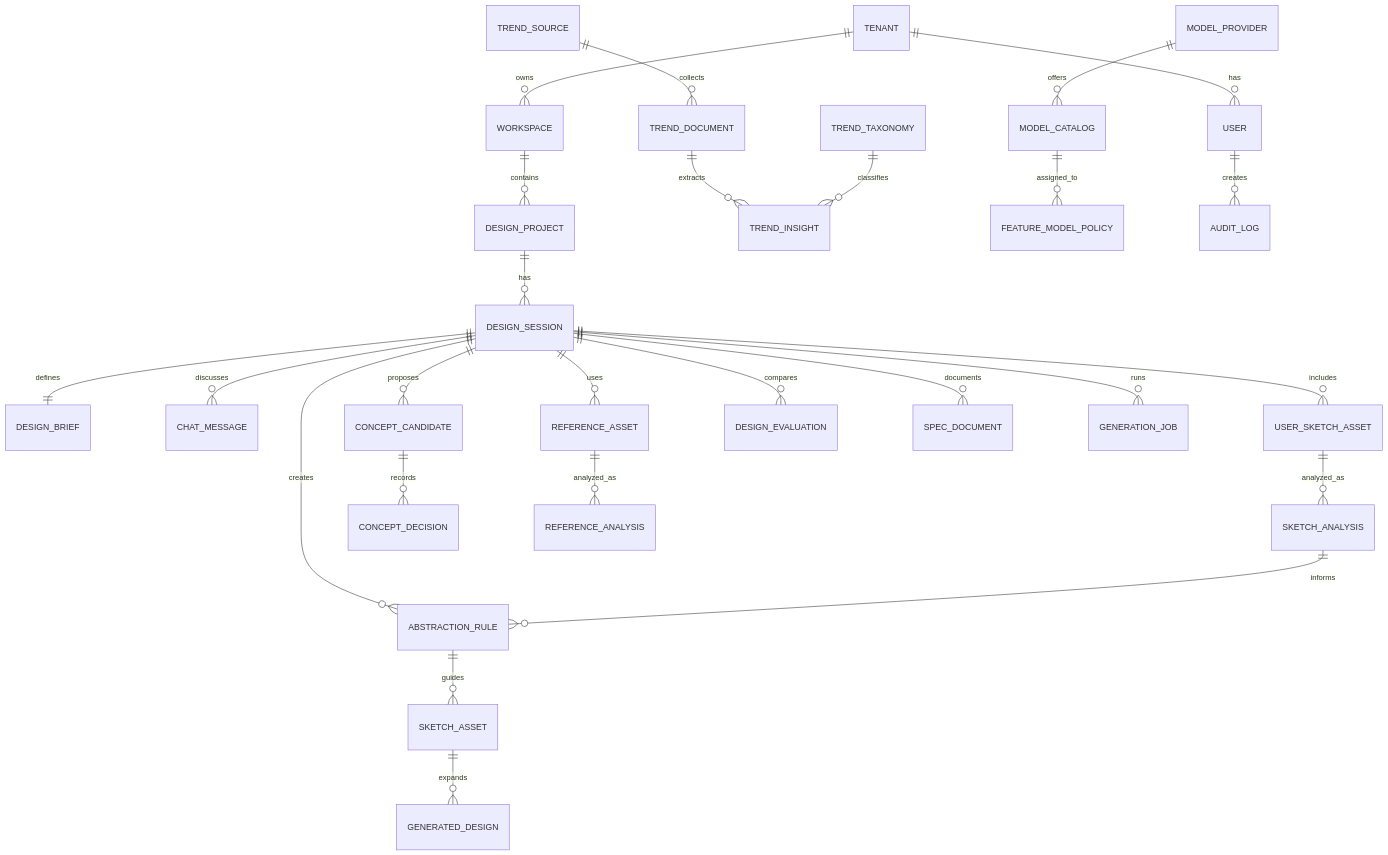
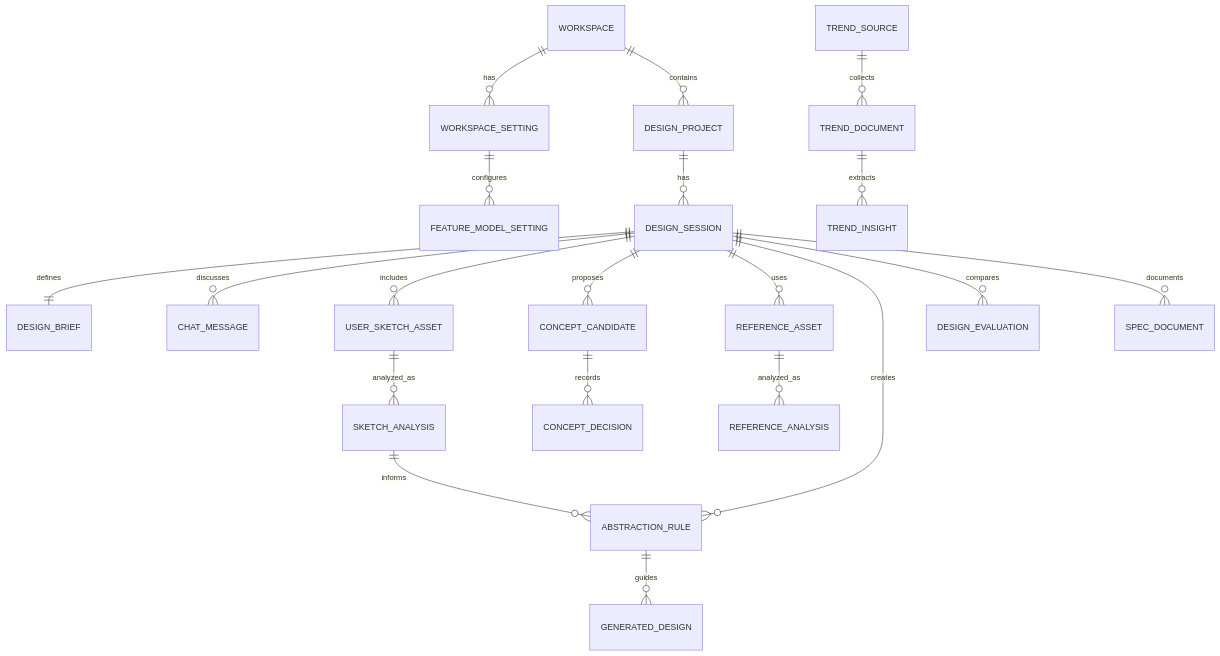
One commit to innovist/designsupport changed the diagram in User_Needs_v01.md. Above: the diagram before and after it, drawn with Mermaid. The commit also changed other lines of this file and 937 other files, not shown here.

````diff
--- a/User_Needs_v01.md
+++ b/User_Needs_v01.md
@@ -791,28 +636,22 @@
 ```mermaid
 erDiagram
-  TENANT ||--o{ USER : has
-  TENANT ||--o{ WORKSPACE : owns
+  WORKSPACE ||--o{ WORKSPACE_SETTING : has
   WORKSPACE ||--o{ DESIGN_PROJECT : contains
   DESIGN_PROJECT ||--o{ DESIGN_SESSION : has
   DESIGN_SESSION ||--|| DESIGN_BRIEF : defines
   DESIGN_SESSION ||--o{ CHAT_MESSAGE : discusses
   DESIGN_SESSION ||--o{ USER_SKETCH_ASSET : includes
   USER_SKETCH_ASSET ||--o{ SKETCH_ANALYSIS : analyzed_as
   DESIGN_SESSION ||--o{ CONCEPT_CANDIDATE : proposes
   CONCEPT_CANDIDATE ||--o{ CONCEPT_DECISION : records
   DESIGN_SESSION ||--o{ REFERENCE_ASSET : uses
   REFERENCE_ASSET ||--o{ REFERENCE_ANALYSIS : analyzed_as
   DESIGN_SESSION ||--o{ ABSTRACTION_RULE : creates
   SKETCH_ANALYSIS ||--o{ ABSTRACTION_RULE : informs
-  ABSTRACTION_RULE ||--o{ SKETCH_ASSET : guides
-  SKETCH_ASSET ||--o{ GENERATED_DESIGN : expands
+  ABSTRACTION_RULE ||--o{ GENERATED_DESIGN : guides
   DESIGN_SESSION ||--o{ DESIGN_EVALUATION : compares
   DESIGN_SESSION ||--o{ SPEC_DOCUMENT : documents
   TREND_SOURCE ||--o{ TREND_DOCUMENT : collects
   TREND_DOCUMENT ||--o{ TREND_INSIGHT : extracts
-  TREND_TAXONOMY ||--o{ TREND_INSIGHT : classifies
-  MODEL_PROVIDER ||--o{ MODEL_CATALOG : offers
-  MODEL_CATALOG ||--o{ FEATURE_MODEL_POLICY : assigned_to
-  DESIGN_SESSION ||--o{ GENERATION_JOB : runs
-  USER ||--o{ AUDIT_LOG : creates
+  WORKSPACE_SETTING ||--o{ FEATURE_MODEL_SETTING : configures
 ```
````
